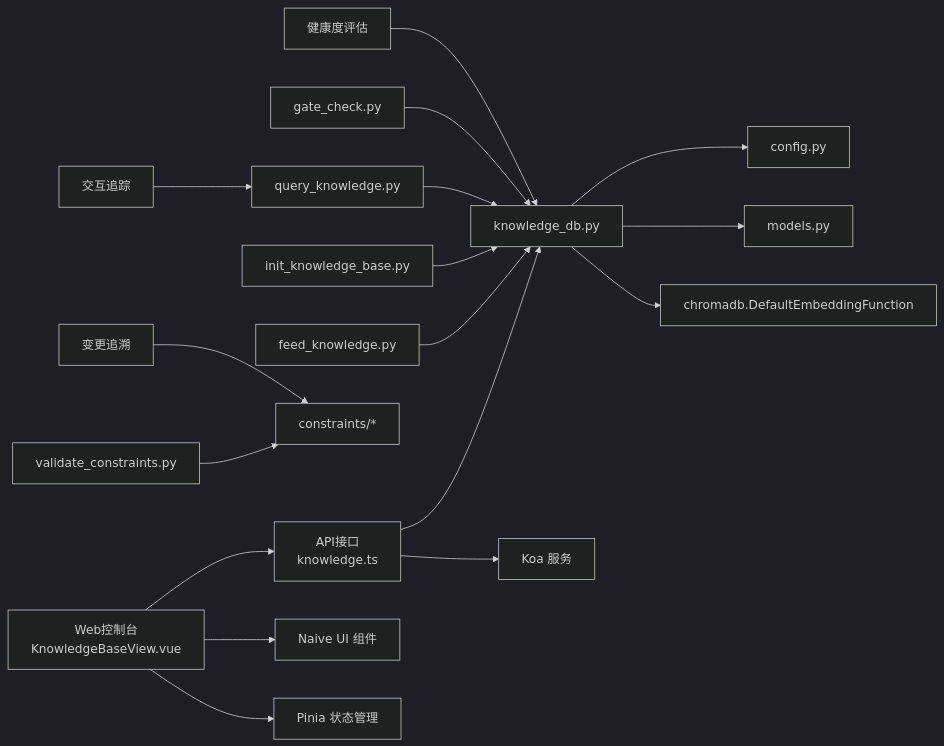
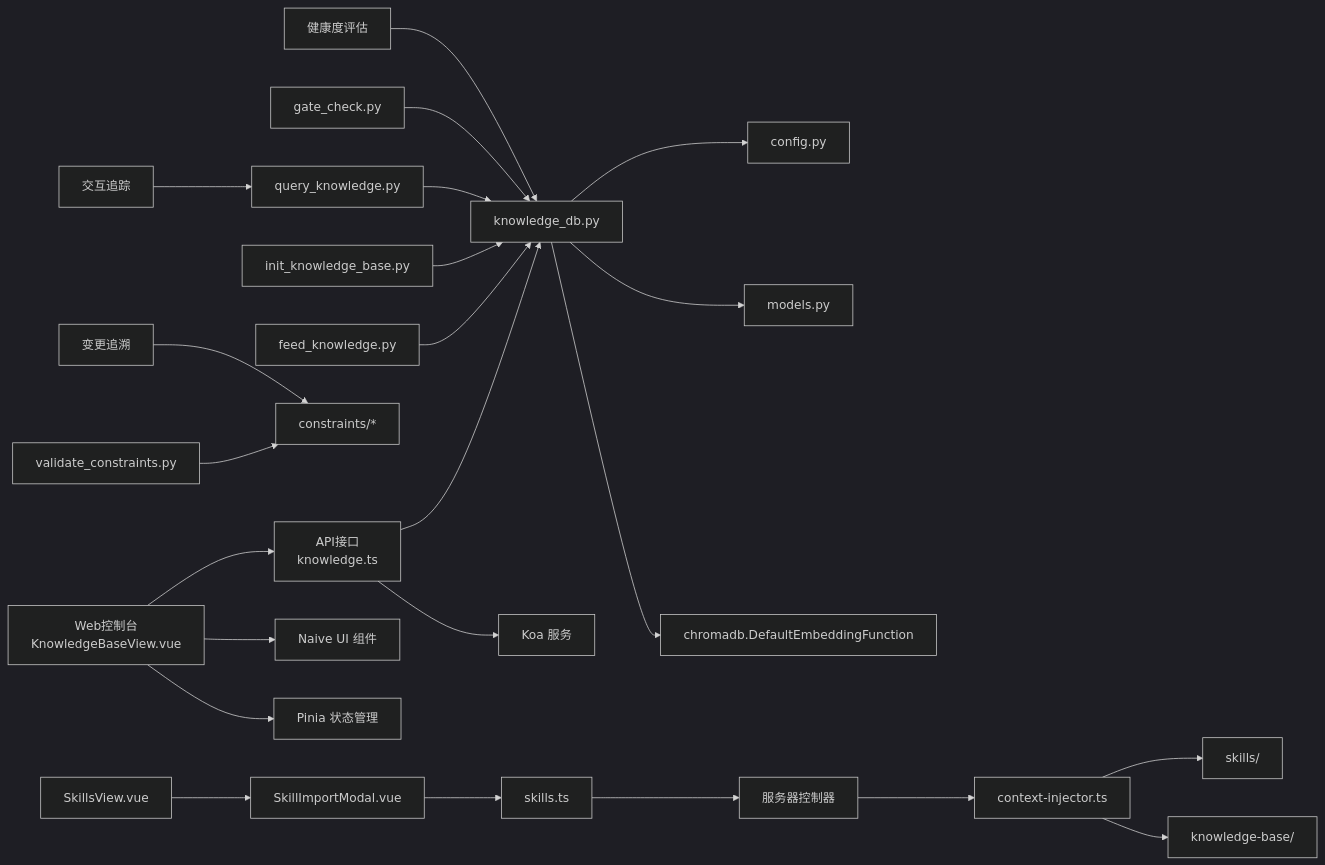
One commit to afcartevil/automated-test-script changed diagram 15 of 15 in .qoder/repowiki/zh/content/知识库管理系统/知识库管理系统.md. Above: the diagram before and after it, drawn with Mermaid (dark theme). The commit also changed other lines of this file and 191 other files, not shown here.

````diff
--- a/.qoder/repowiki/zh/content/知识库管理系统/知识库管理系统.md
+++ b/.qoder/repowiki/zh/content/知识库管理系统/知识库管理系统.md
@@ -761,19 +881,25 @@
 ```mermaid
 graph LR
 WEB["Web控制台<br/>KnowledgeBaseView.vue"] --> API["API接口<br/>knowledge.ts"]
 API --> KDB["knowledge_db.py"]
 FEED["feed_knowledge.py"] --> KDB
 INIT["init_knowledge_base.py"] --> KDB
 QUERY["query_knowledge.py"] --> KDB
 GATE["gate_check.py"] --> KDB
 VALIDATE["validate_constraints.py"] --> CONS["constraints/*"]
 HEALTH["健康度评估"] --> KDB
 TRACE["交互追踪"] --> QUERY
 HOOK["变更追溯"] --> CONS
 KDB --> CFG["config.py"]
 KDB --> MODELS["models.py"]
 KDB --> CHROMA["chromadb.DefaultEmbeddingFunction"]
 WEB --> NAIVEUI["Naive UI 组件"]
 WEB --> PINIA["Pinia 状态管理"]
 API --> KOA["Koa 服务"]
+SKILLS_VIEW["SkillsView.vue"] --> SKILL_MODAL["SkillImportModal.vue"]
+SKILL_MODAL --> SKILLS_API["skills.ts"]
+SKILLS_API --> SERVER_CTRL["服务器控制器"]
+SERVER_CTRL --> CONTEXT_INJECT["context-injector.ts"]
+CONTEXT_INJECT --> SKILLS_DIR["skills/"]
+CONTEXT_INJECT --> KB_DIR["knowledge-base/"]
 ```
````
